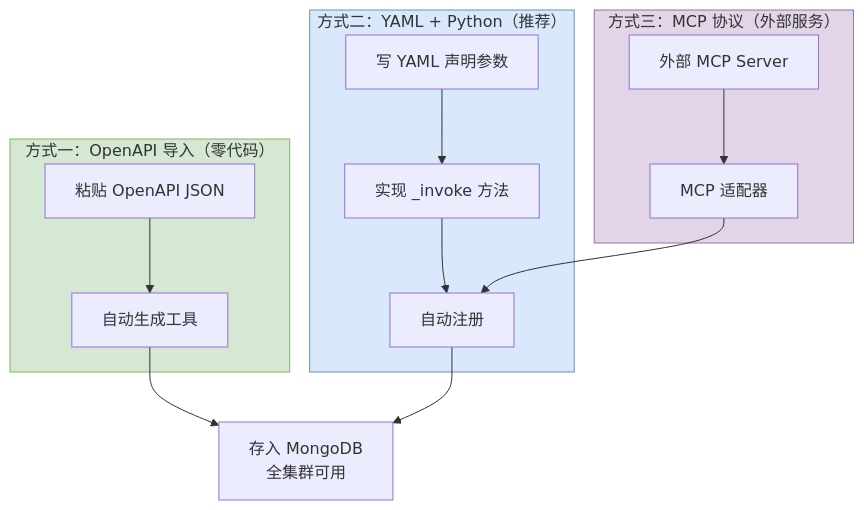
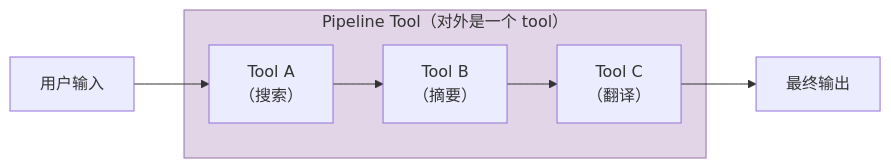
The ninth of 19 diagrams in doc/DESIGN.md (heelynn/artipivot), drawn with Mermaid before and after one commit. The commit also changed other lines of this file and 2 other files, not shown here.

````diff
--- a/doc/DESIGN.md
+++ b/doc/DESIGN.md
@@ -739,23 +887,15 @@
 ```mermaid
-flowchart TD
-    subgraph Easy["方式一：OpenAPI 导入（零代码）"]
-        OA["粘贴 OpenAPI JSON"] --> AutoGen["自动生成工具"]
+flowchart LR
+    Input["用户输入"] --> Step1["Tool A<br/>（搜索）"]
+    Step1 --> Step2["Tool B<br/>（摘要）"]
+    Step2 --> Step3["Tool C<br/>（翻译）"]
+    Step3 --> Output["最终输出"]
+
+    subgraph PipelineTool["Pipeline Tool（对外是一个 tool）"]
+        Step1
+        Step2
+        Step3
     end
 
-    subgraph Normal["方式二：YAML + Python（推荐）"]
-        Y["写 YAML 声明参数"] --> P["实现 _invoke 方法"]
-        P --> Reg["自动注册"]
-    end
-
-    subgraph Advanced["方式三：MCP 协议（外部服务）"]
-        MCP["外部 MCP Server"] --> Adapter["MCP 适配器"]
-        Adapter --> Reg
-    end
-
-    AutoGen --> Store["存入 MongoDB<br/>全集群可用"]
-    Reg --> Store
-
-    style Easy fill:#D5E8D4,stroke:#82B366
-    style Normal fill:#DAE8FC,stroke:#6C8EBF
-    style Advanced fill:#E1D5E7,stroke:#9673A6
+    style PipelineTool fill:#E1D5E7,stroke:#9673A6
 ```
````
